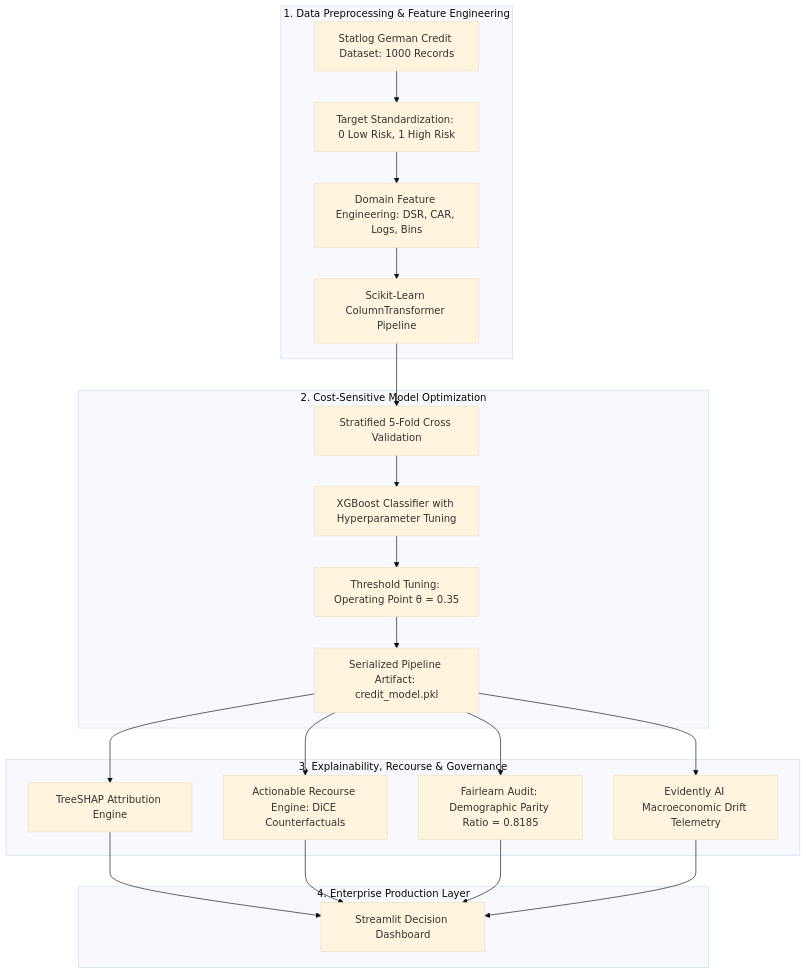
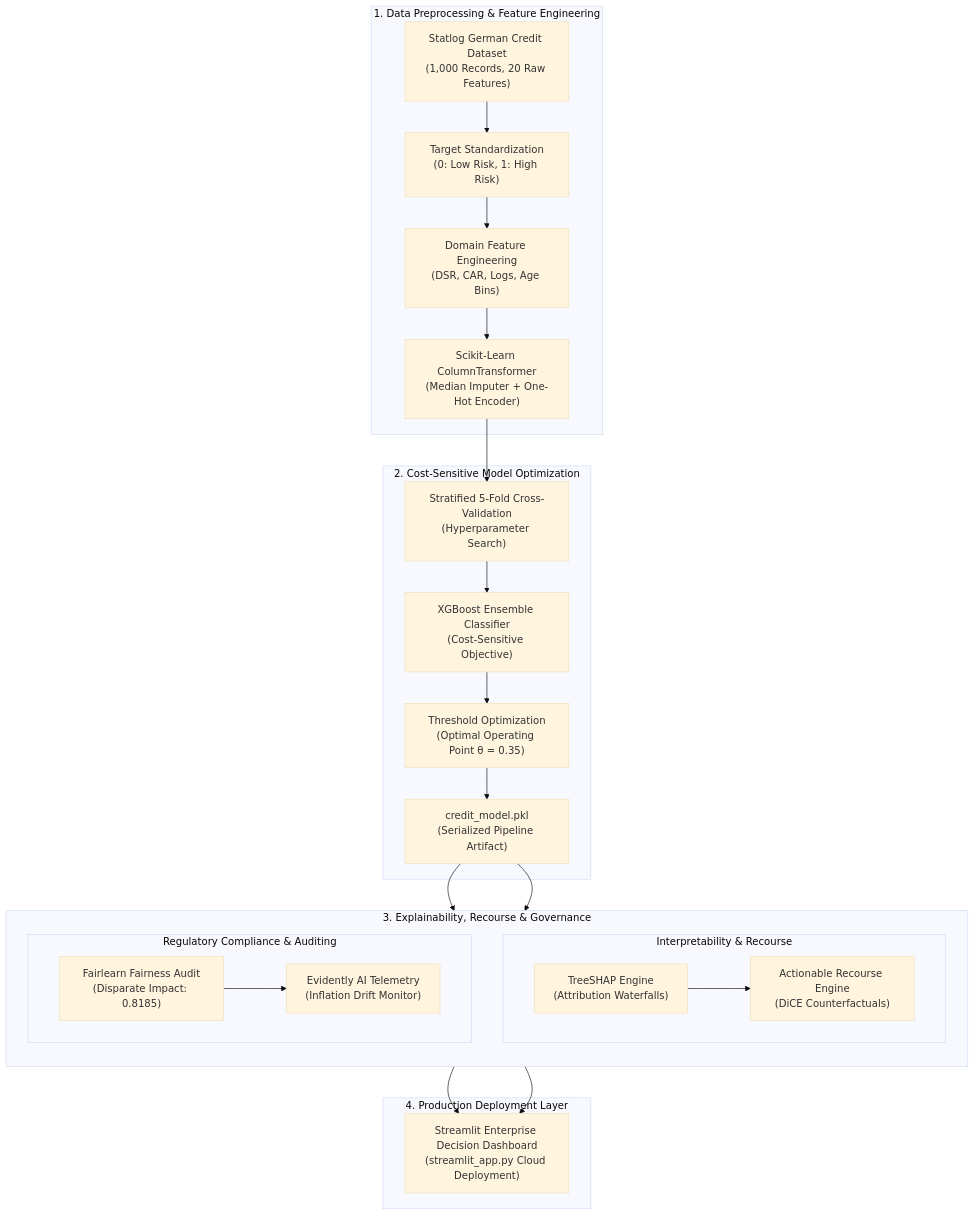
One commit to codemidas04/Opac_new changed the first of 2 diagrams in README.md. Above: the diagram before and after it, drawn with Mermaid (base theme). The commit also changed other lines of this file, not shown here.

Commit message:
docs: optimize Mermaid diagram layout to prevent text clipping

````diff
--- a/README.md
+++ b/README.md
@@ -61,29 +61,42 @@
 ```mermaid
 flowchart TD
     subgraph Data_Pipeline [1. Data Preprocessing & Feature Engineering]
-        A[Statlog German Credit Dataset: 1000 Records] --> B[Target Standardization: 0 Low Risk, 1 High Risk]
-        B --> C[Domain Feature Engineering: DSR, CAR, Logs, Bins]
-        C --> D[Scikit-Learn ColumnTransformer Pipeline]
+        A["Statlog German Credit Dataset<br/>(1,000 Records, 20 Raw Features)"]
+        B["Target Standardization<br/>(0: Low Risk, 1: High Risk)"]
+        C["Domain Feature Engineering<br/>(DSR, CAR, Logs, Age Bins)"]
+        D["Scikit-Learn ColumnTransformer<br/>(Median Imputer + One-Hot Encoder)"]
+        A --> B --> C --> D
     end
 
-    subgraph Model_Optimization [2. Cost-Sensitive Model Optimization]
-        D --> E[Stratified 5-Fold Cross Validation]
-        E --> F[XGBoost Classifier with Hyperparameter Tuning]
-        F --> G[Threshold Tuning: Operating Point θ = 0.35]
-        G --> H[Serialized Pipeline Artifact: credit_model.pkl]
+    subgraph Model_Engine [2. Cost-Sensitive Model Optimization]
+        E["Stratified 5-Fold Cross-Validation<br/>(Hyperparameter Search)"]
+        F["XGBoost Ensemble Classifier<br/>(Cost-Sensitive Objective)"]
+        G["Threshold Optimization<br/>(Optimal Operating Point θ = 0.35)"]
+        H["credit_model.pkl<br/>(Serialized Pipeline Artifact)"]
+        E --> F --> G --> H
     end
 
     subgraph Governance_Layer [3. Explainability, Recourse & Governance]
-        H --> I[TreeSHAP Attribution Engine]
-        H --> J[Actionable Recourse Engine: DiCE Counterfactuals]
-        H --> K[Fairlearn Audit: Demographic Parity Ratio = 0.8185]
-        H --> L[Evidently AI Macroeconomic Drift Telemetry]
+        direction TB
+        subgraph Sub_XAI [Interpretability & Recourse]
+            I["TreeSHAP Engine<br/>(Attribution Waterfalls)"]
+            J["Actionable Recourse Engine<br/>(DiCE Counterfactuals)"]
+            I --> J
+        end
+        subgraph Sub_Audit [Regulatory Compliance & Auditing]
+            K["Fairlearn Fairness Audit<br/>(Disparate Impact: 0.8185)"]
+            L["Evidently AI Telemetry<br/>(Inflation Drift Monitor)"]
+            K --> L
+        end
     end
 
-    subgraph Production_Deployment [4. Enterprise Production Layer]
-        I --> M[Streamlit Decision Dashboard]
-        J --> M
-        K --> M
-        L --> M
+    subgraph Production_Layer [4. Production Deployment Layer]
+        M["Streamlit Enterprise Decision Dashboard<br/>(streamlit_app.py Cloud Deployment)"]
     end
+
+    D --> E
+    H --> Sub_XAI
+    H --> Sub_Audit
+    Sub_XAI --> M
+    Sub_Audit --> M
 ```
````
